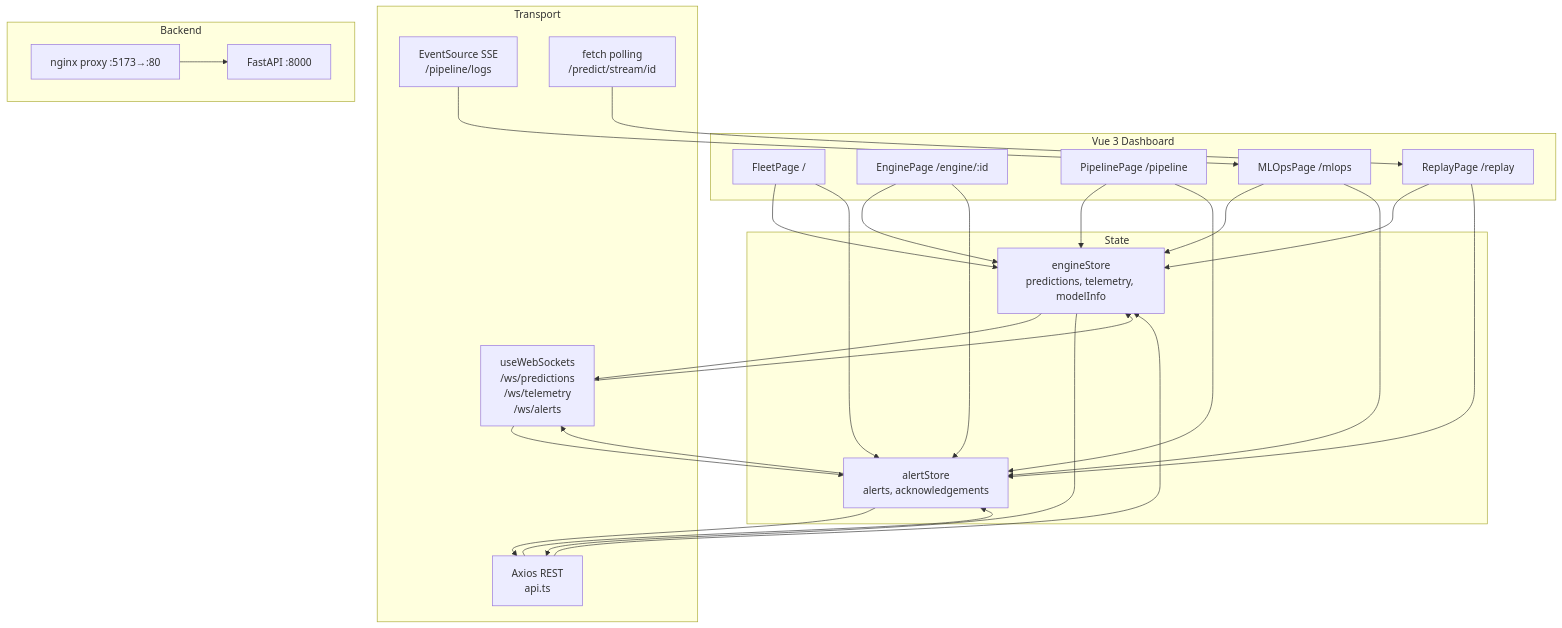
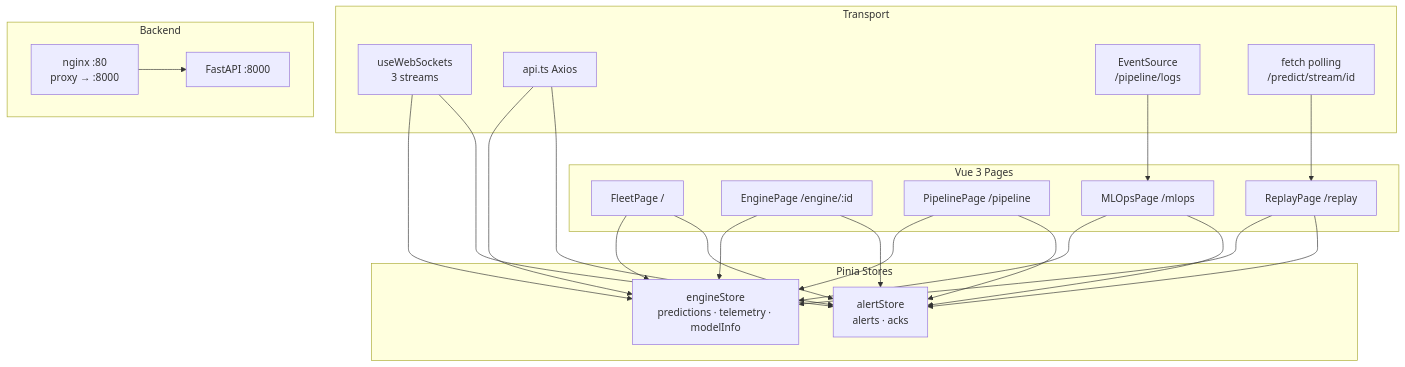
One commit to nasim-raj-laskar/Real-Time-Aircraft-Engine-Predictive-Maintenance-System changed the sixth of 8 diagrams in docs/09_architecture.md. Above: the diagram before and after it, drawn with Mermaid. The commit also changed other lines of this file and 11 other files, not shown here.

````diff
--- a/docs/09_architecture.md
+++ b/docs/09_architecture.md
@@ -173,35 +168,33 @@
 ```mermaid
 flowchart TB
-    subgraph Vue 3 Dashboard
-        A[FleetPage /]
-        B[EnginePage /engine/:id]
-        C[PipelinePage /pipeline]
-        D[MLOpsPage /mlops]
-        E[ReplayPage /replay]
+    subgraph Pages["Vue 3 Pages"]
+        P1[FleetPage /]
+        P2[EnginePage /engine/:id]
+        P3[PipelinePage /pipeline]
+        P4[MLOpsPage /mlops]
+        P5[ReplayPage /replay]
     end
 
-    subgraph State
-        F[engineStore\npredictions, telemetry, modelInfo]
-        G[alertStore\nalerts, acknowledgements]
+    subgraph State["Pinia Stores"]
+        ES[engineStore\npredictions · telemetry · modelInfo]
+        AS[alertStore\nalerts · acks]
     end
 
     subgraph Transport
-        H[useWebSockets\n/ws/predictions\n/ws/telemetry\n/ws/alerts]
-        I[Axios REST\napi.ts]
-        J[EventSource SSE\n/pipeline/logs]
-        K[fetch polling\n/predict/stream/id]
+        WS[useWebSockets\n3 streams]
+        REST[api.ts Axios]
+        SSE[EventSource\n/pipeline/logs]
+        POLL[fetch polling\n/predict/stream/id]
     end
 
     subgraph Backend
-        L[FastAPI :8000]
-        M[nginx proxy :5173→:80]
+        API[FastAPI :8000]
+        NGINX[nginx :80\nproxy → :8000]
     end
 
-    A & B & C & D & E --> F & G
-    H --> F & G
-    I --> F & G
-    J --> D
-    K --> E
-    F & G --> H & I
-    M --> L
+    P1 & P2 & P3 & P4 & P5 --> ES & AS
+    WS & REST --> ES & AS
+    SSE --> P4
+    POLL --> P5
+    NGINX --> API
 ```
````
